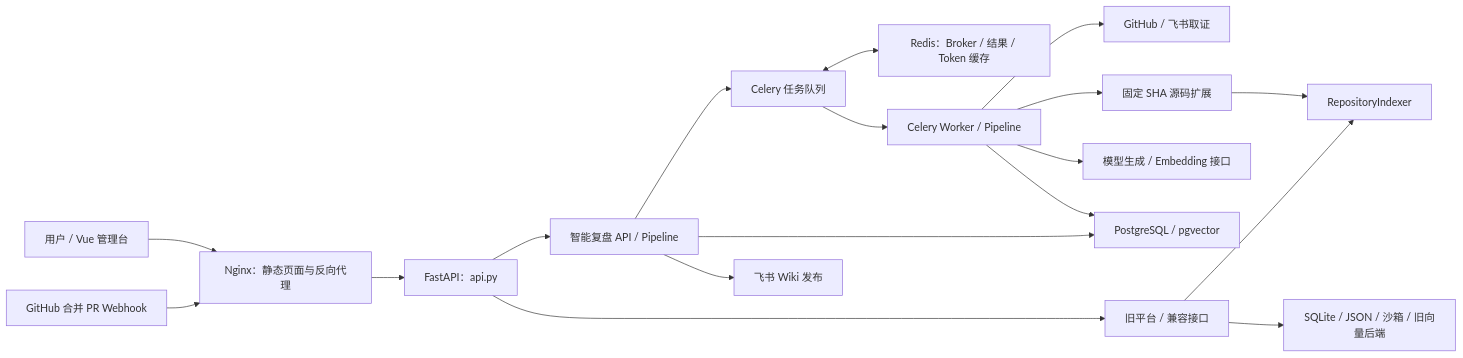
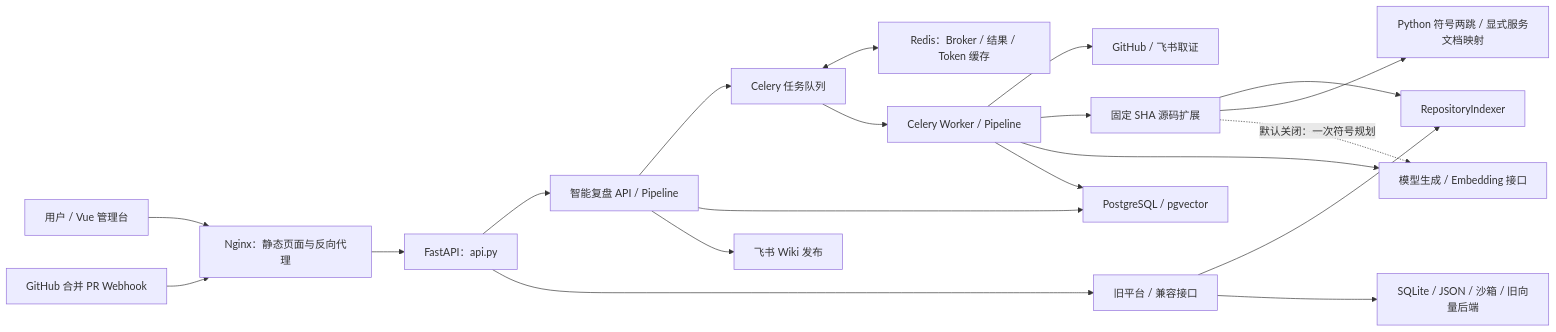
The diagram in docs/architecture.md (CaiRongjiang7/Insight-agent), drawn with Mermaid before and after one commit. The commit also changed other lines of this file and 24 other files, not shown here.

````diff
--- a/docs/architecture.md
+++ b/docs/architecture.md
@@ -27,20 +27,22 @@
 ```mermaid
 flowchart LR
     User["用户 / Vue 管理台"] --> Nginx["Nginx：静态页面与反向代理"]
     GH["GitHub 合并 PR Webhook"] --> Nginx
     Nginx --> API["FastAPI：api.py"]
     API --> Main["智能复盘 API / Pipeline"]
     API --> Legacy["旧平台 / 兼容接口"]
     Main --> Queue["Celery 任务队列"]
     Queue <--> Redis["Redis：Broker / 结果 / Token 缓存"]
     Queue --> Worker["Celery Worker / Pipeline"]
     Worker --> Sources["GitHub / 飞书取证"]
     Worker --> Code["固定 SHA 源码扩展"]
     Code --> Indexer["RepositoryIndexer"]
+    Code --> Symbols["Python 符号两跳 / 显式服务文档映射"]
+    Code -. "默认关闭：一次符号规划" .-> Model
     Legacy --> Indexer
     Worker --> Model["模型生成 / Embedding 接口"]
     Main --> DB["PostgreSQL / pgvector"]
     Worker --> DB
     Main --> Wiki["飞书 Wiki 发布"]
     Legacy --> Local["SQLite / JSON / 沙箱 / 旧向量后端"]
 ```
````
